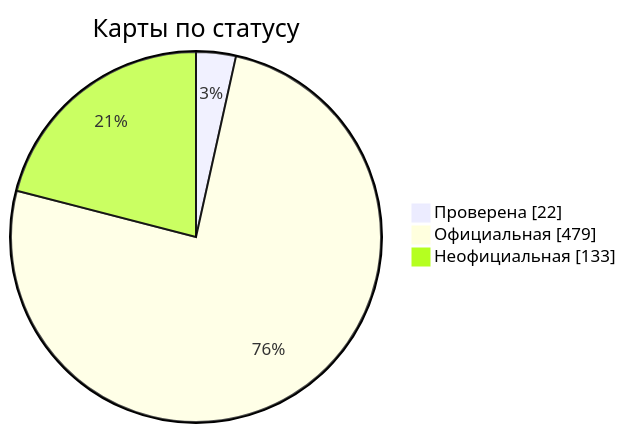
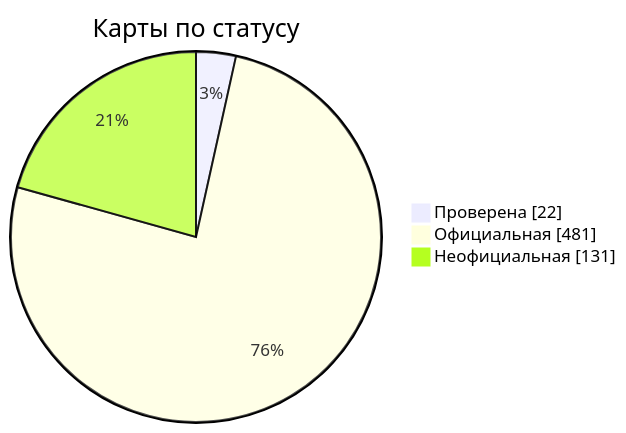
One commit to nobrega8/mbmap-library changed the diagram in docs/readme/README_RU.md. Above: the diagram before and after it, drawn with Mermaid. The commit also changed 7 other files, not shown here.

````diff
--- a/docs/readme/README_RU.md
+++ b/docs/readme/README_RU.md
@@ -54,7 +54,7 @@
 ```mermaid
 pie showData
     title Карты по статусу
     "Проверена" : 22
-    "Официальная" : 479
-    "Неофициальная" : 133
+    "Официальная" : 481
+    "Неофициальная" : 131
 ```
````
